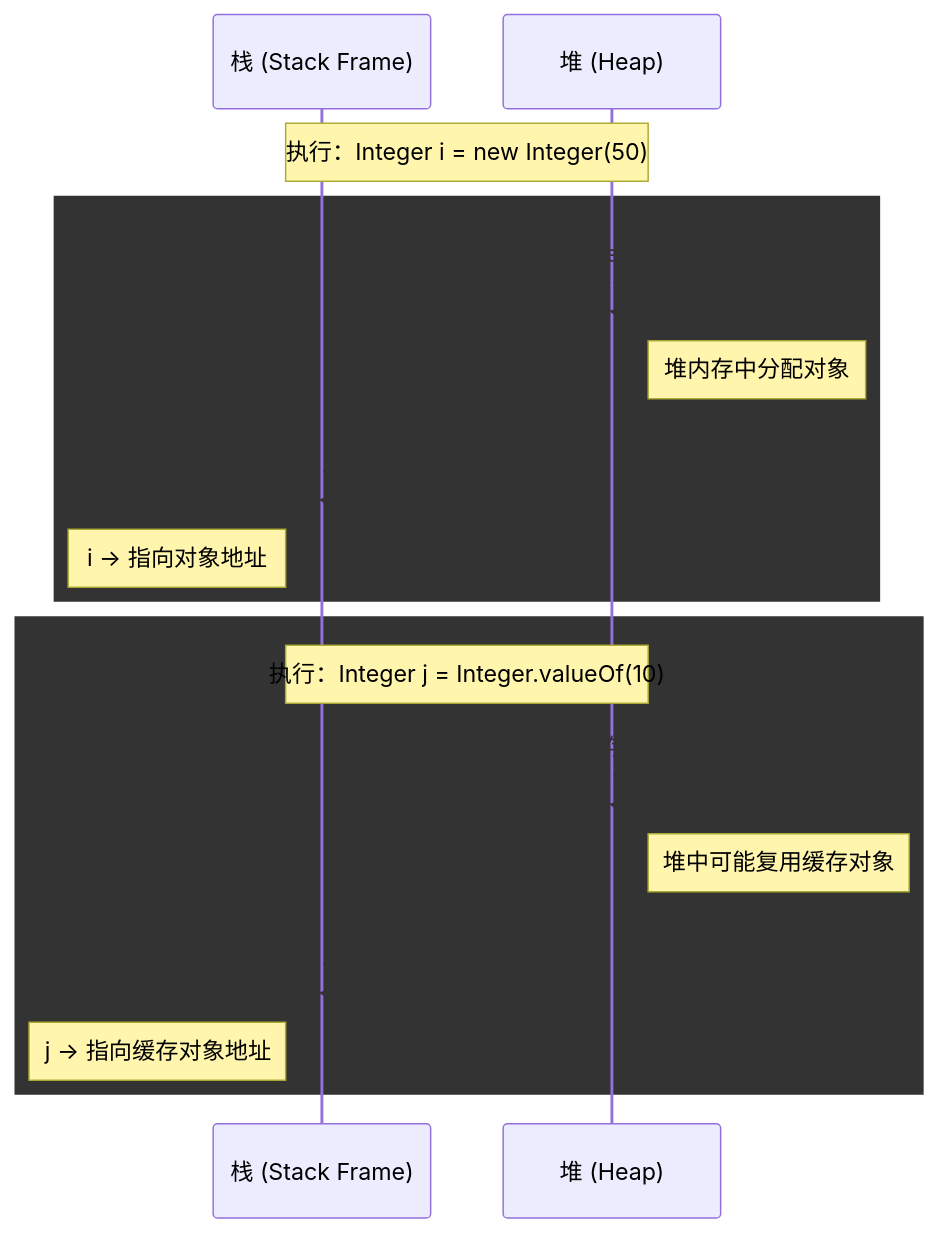
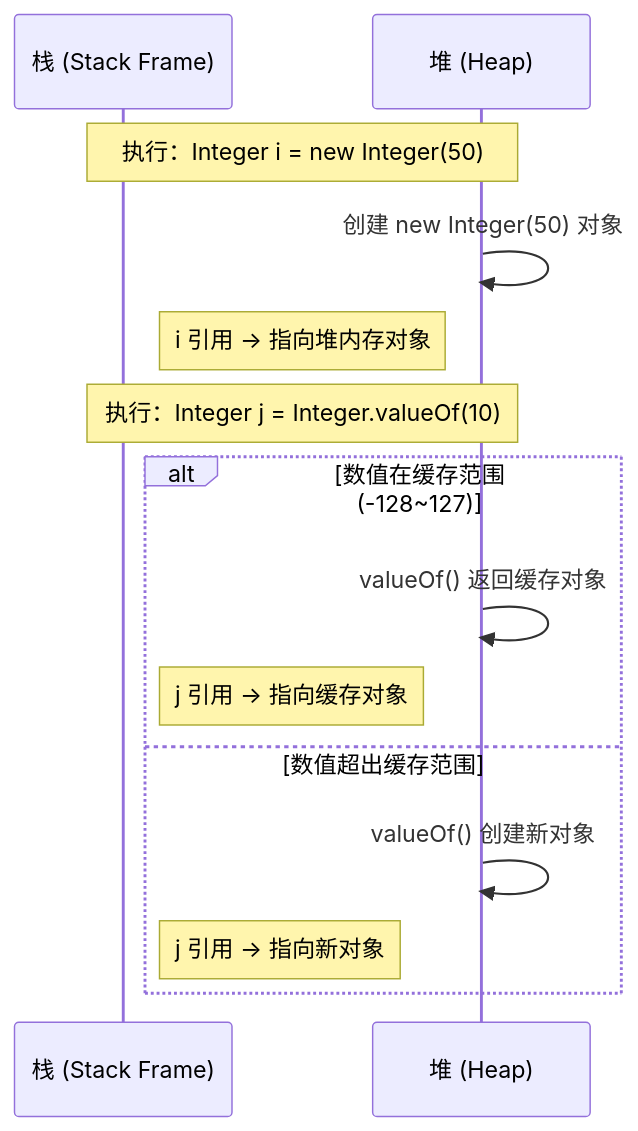
The second of 4 diagrams in docs/java/base_strong.md (sword-demon/sword-demon.github.io), drawn with Mermaid before and after one commit. The commit also changed other lines of this file, not shown here.

````diff
--- a/docs/java/base_strong.md
+++ b/docs/java/base_strong.md
@@ -219,21 +219,19 @@
 ```mermaid
 sequenceDiagram
+    %% Memory analysis sequence diagram for Integer objects
     participant Stack as 栈 (Stack Frame)
     participant Heap as 堆 (Heap)
 
-    Note over Stack, Heap: 执行：Integer i = new Integer(50);
-    rect(rgb(240, 248, 255))
-        Heap->>Heap: 创建 new Integer(50) 对象
-        Note right of Heap: 堆内存中分配对象
-        Stack->>Stack: i 引用
-        Note left of Stack: i -> 指向对象地址
-    end
+    Note over Stack,Heap: 执行：Integer i = new Integer(50);
+    Heap->>Heap: 创建 new Integer(50) 对象
+    Note right of Stack: i 引用 -> 指向堆内存对象
 
-    rect(rgb(255, 250, 240))
-        Note over Stack, Heap: 执行：Integer j = Integer.valueOf(10);
-        Heap->>Heap: valueOf() 可能返回缓存对象 (如果 -128~127)
-        Note right of Heap: 堆中可能复用缓存对象
-        Stack->>Stack: j 引用
-        Note left of Stack: j -> 指向缓存对象地址
+    Note over Stack,Heap: 执行：Integer j = Integer.valueOf(10);
+    alt 数值在缓存范围 (-128~127)
+        Heap->>Heap: valueOf() 返回缓存对象
+        Note right of Stack: j 引用 -> 指向缓存对象
+    else 数值超出缓存范围
+        Heap->>Heap: valueOf() 创建新对象
+        Note right of Stack: j 引用 -> 指向新对象
     end
 ```
````
